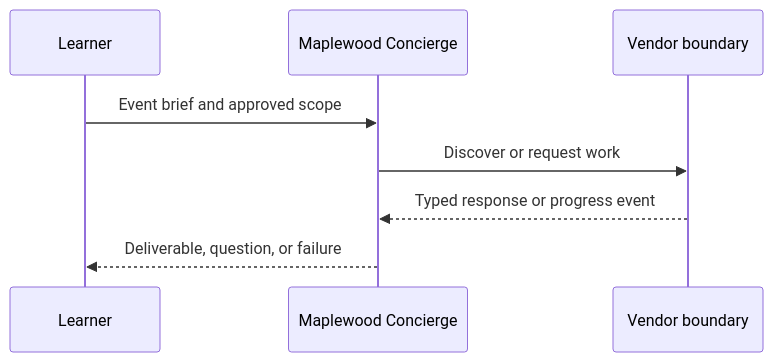
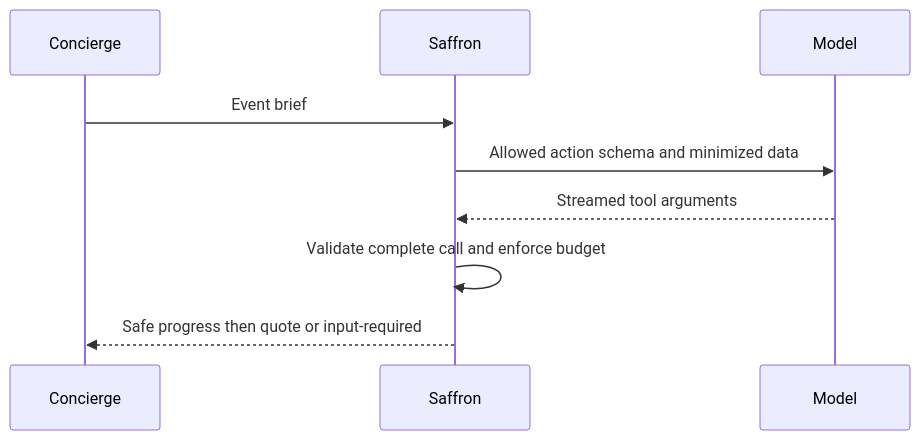
One commit to anandtopu/getting_started_with_Agent2AgentProtocol changed the diagram in modules/09_llm_server/README.md. Above: the diagram before and after it, drawn with Mermaid. The commit also changed other lines of this file and 112 other files, not shown here.

````diff
--- a/modules/09_llm_server/README.md
+++ b/modules/09_llm_server/README.md
@@ -30,10 +30,8 @@
 ```mermaid
 sequenceDiagram
-    participant L as Learner
-    participant C as Maplewood Concierge
-    participant V as Vendor boundary
-    L->>C: Event brief and approved scope
-    C->>V: Discover or request work
-    V-->>C: Typed response or progress event
-    C-->>L: Deliverable, question, or failure
+    Concierge->>Saffron: Event brief
+    Saffron->>Model: Allowed action schema and minimized data
+    Model-->>Saffron: Streamed tool arguments
+    Saffron->>Saffron: Validate complete call and enforce budget
+    Saffron-->>Concierge: Safe progress then quote or input-required
 ```
````
